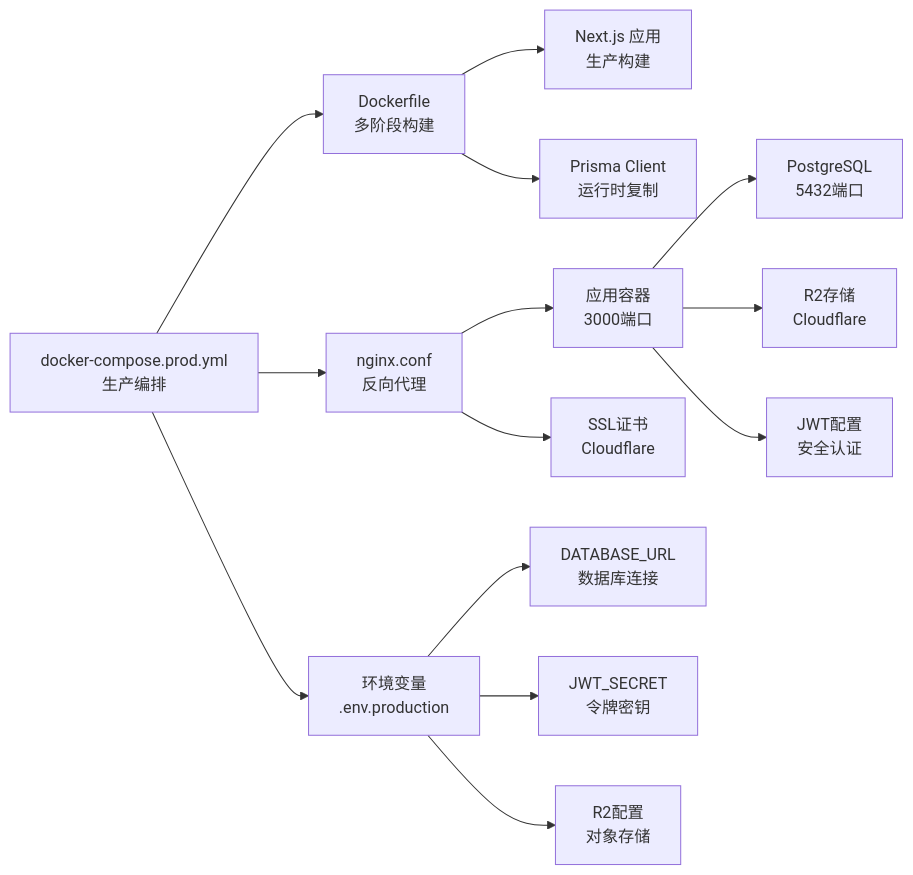
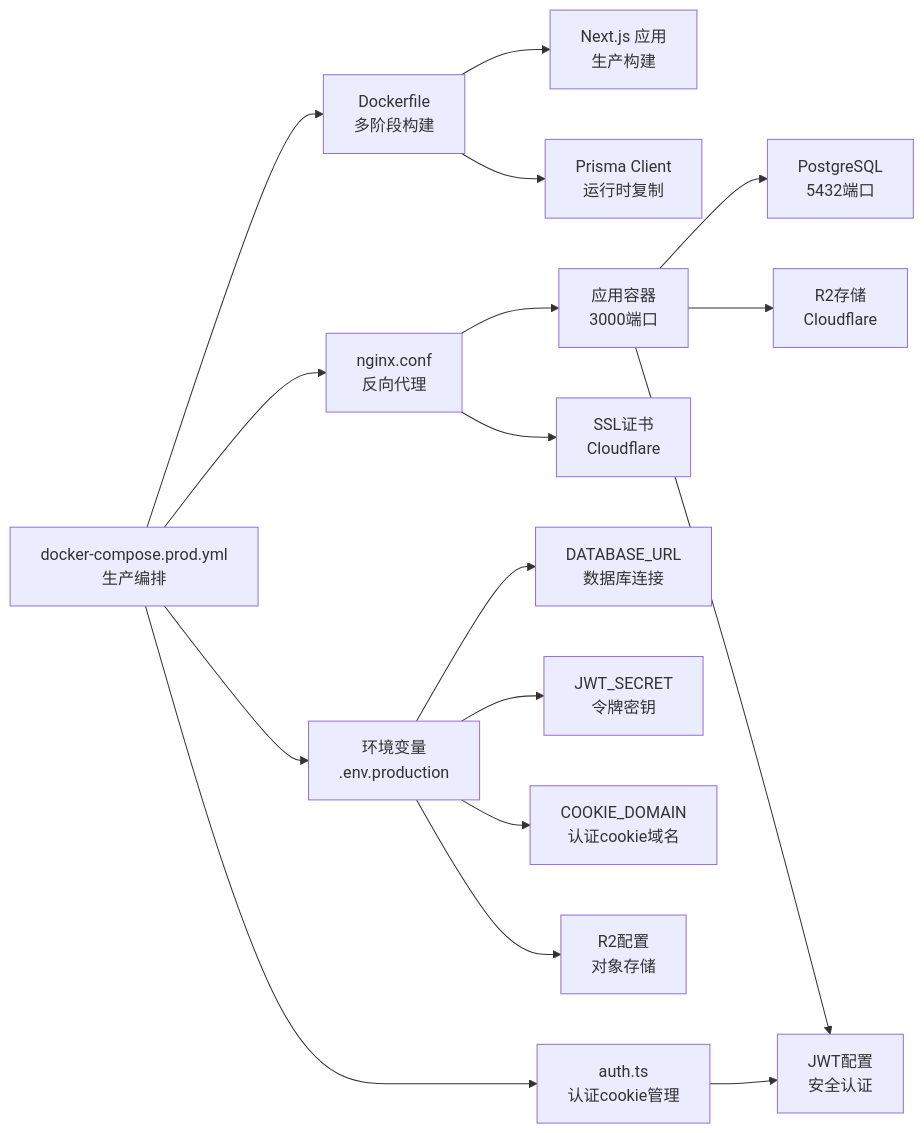
The third of 3 diagrams in .qoder/repowiki/zh/content/部署配置/部署配置.md (three3638-arch/celestia_2b), drawn with Mermaid before and after one commit. The commit also changed other lines of this file and 25 other files, not shown here.

````diff
--- a/.qoder/repowiki/zh/content/部署配置/部署配置.md
+++ b/.qoder/repowiki/zh/content/部署配置/部署配置.md
@@ -540,16 +563,19 @@
 ```mermaid
 graph LR
 DCP["docker-compose.prod.yml<br/>生产编排"] --> DFILE["Dockerfile<br/>多阶段构建"]
 DCP --> NGINXCFG["nginx.conf<br/>反向代理"]
 DCP --> ENV["环境变量<br/>.env.production"]
+DCP --> AUTH["auth.ts<br/>认证cookie管理"]
+AUTH --> JWT["jwt-config.ts<br/>JWT配置"]
 DFILE --> NEXT["Next.js 应用<br/>生产构建"]
 DFILE --> PRISMA["Prisma Client<br/>运行时复制"]
 NGINXCFG --> APP["应用容器<br/>3000端口"]
 NGINXCFG --> SSL["SSL证书<br/>Cloudflare"]
 APP --> DB["PostgreSQL<br/>5432端口"]
 APP --> R2["R2存储<br/>Cloudflare"]
 APP --> JWT["JWT配置<br/>安全认证"]
 ENV --> DBURL["DATABASE_URL<br/>数据库连接"]
 ENV --> JWTSECRET["JWT_SECRET<br/>令牌密钥"]
+ENV --> COOKIEDOMAIN["COOKIE_DOMAIN<br/>认证cookie域名"]
 ENV --> R2CONFIG["R2配置<br/>对象存储"]
 ```
````
